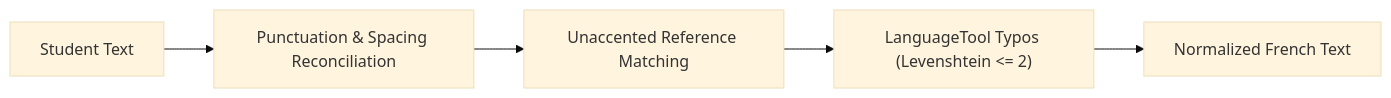
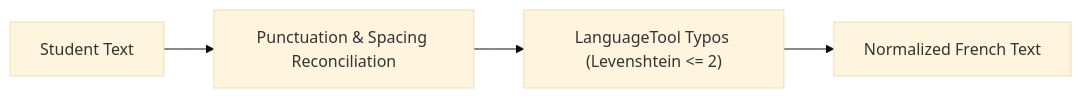
One commit to eyengabompongo8/deep-tutor changed the second of 2 diagrams in docs/Backend Architecture.md. Above: the diagram before and after it, drawn with Mermaid (base theme). The commit also changed other lines of this file and 3 other files, not shown here.

````diff
--- a/docs/Backend Architecture.md
+++ b/docs/Backend Architecture.md
@@ -43,7 +43,6 @@
 ```mermaid
 flowchart LR
     RawInput["Student Text"] --> Punct["Punctuation & Spacing Reconciliation"]
-    Punct --> AccMatch["Unaccented Reference Matching"]
-    AccMatch --> LTSpell["LanguageTool Typos (Levenshtein <= 2)"]
+    Punct --> LTSpell["LanguageTool Typos (Levenshtein <= 2)"]
     LTSpell --> CleanText["Normalized French Text"]
 ```
````
